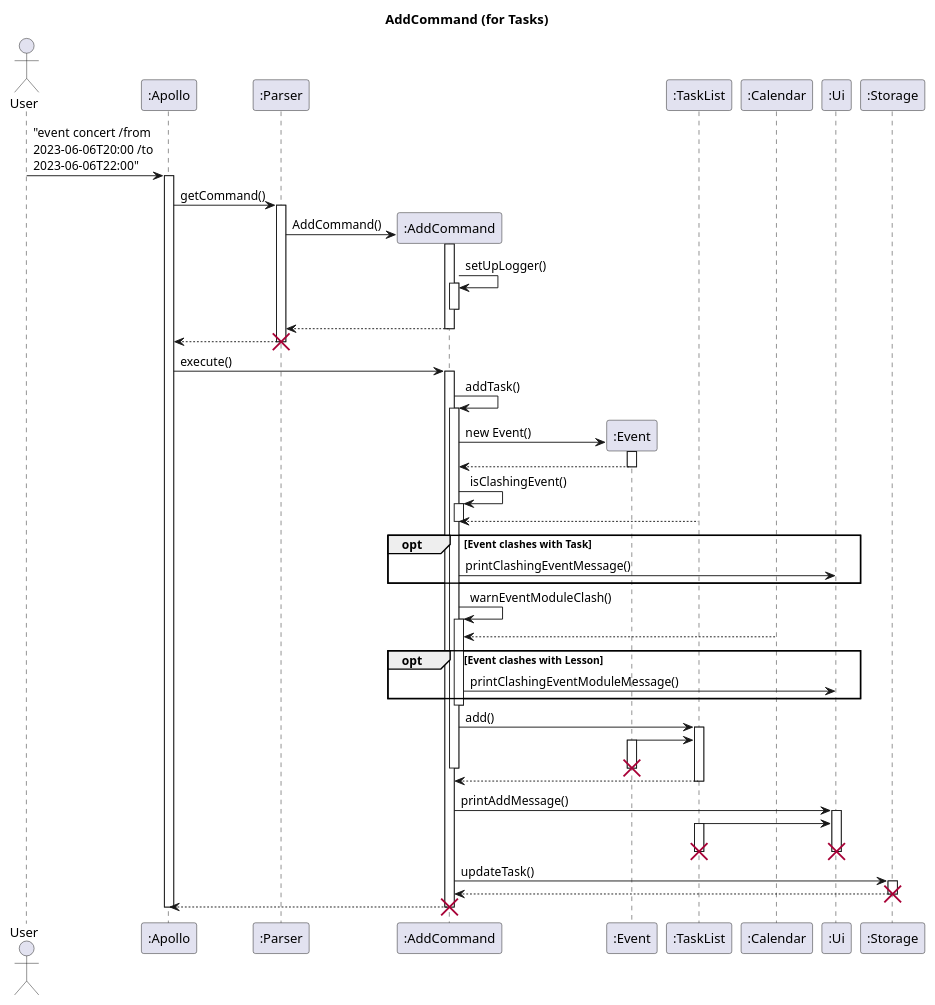
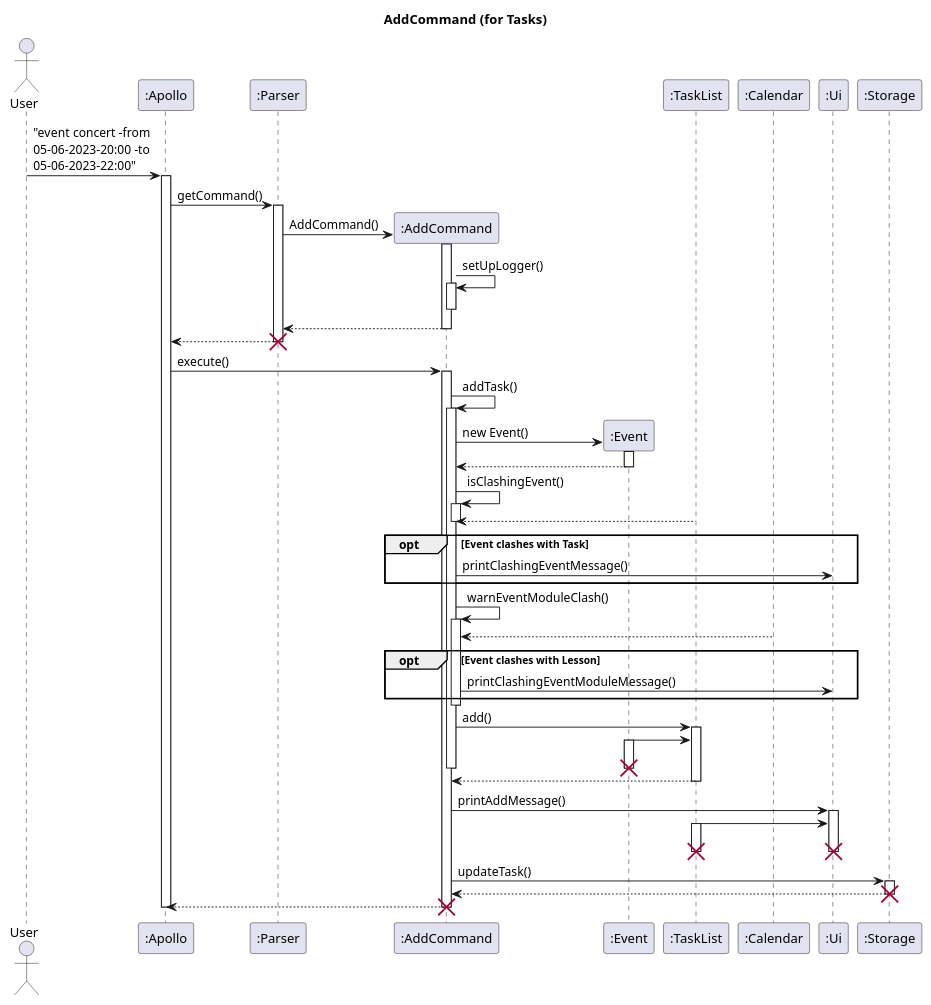
The diagram in docs/uml-source/sequence/AddCommand.puml (nus-cs2113-AY2223S2/tp), drawn with PlantUML before and after one commit. The commit also changed 2 other files, not shown here.

```diff
--- a/docs/uml-source/sequence/AddCommand.puml
+++ b/docs/uml-source/sequence/AddCommand.puml
@@ -1,67 +1,67 @@
 @startuml
 'https://plantuml.com/sequence-diagram
 
 skinparam maxMessageSize 150
 
 title AddCommand (for Tasks)
 
 actor User
 participant ":Apollo" as Apollo
 participant ":Parser" as Parser
 participant ":AddCommand" as add
 participant ":Event" as Event
 participant ":TaskList" as TaskList
 participant ":Calendar" as Calendar
 participant ":Ui" as Ui
 participant ":Storage" as Storage
 
-User -> Apollo : "event concert /from 2023-06-06T20:00 /to 2023-06-06T22:00"
+User -> Apollo : "event concert -from 05-06-2023-20:00 -to 05-06-2023-22:00"
 activate Apollo
 Apollo -> Parser : getCommand()
 activate Parser
 Parser -> add** : AddCommand()
 add++
 add -> add ++ : setUpLogger()
 add--
 return
 return
 destroy Parser
 
 Apollo -> add : execute()
 activate add
 add -> add++ : addTask()
 add -> Event** : new Event()
 Event++
 return
 add -> add++ : isClashingEvent()
 TaskList --> add
 add--
 opt Event clashes with Task
 add -> Ui : printClashingEventMessage()
 end
 add -> add++ : warnEventModuleClash()
 Calendar --> add
 opt Event clashes with Lesson
 add -> Ui : printClashingEventModuleMessage()
 end
 add--
 add -> TaskList++ : add()
 Event -> TaskList
 Event++
 destroy Event
 add--
 add <-- TaskList--
 
 
 add -> Ui++ : printAddMessage()
 TaskList -> Ui
 TaskList++
 destroy TaskList
 destroy Ui
 add -> Storage ++ : updateTask()
 return
 destroy Storage
 add --> Apollo
 destroy add
 Apollo--
 @enduml
```
